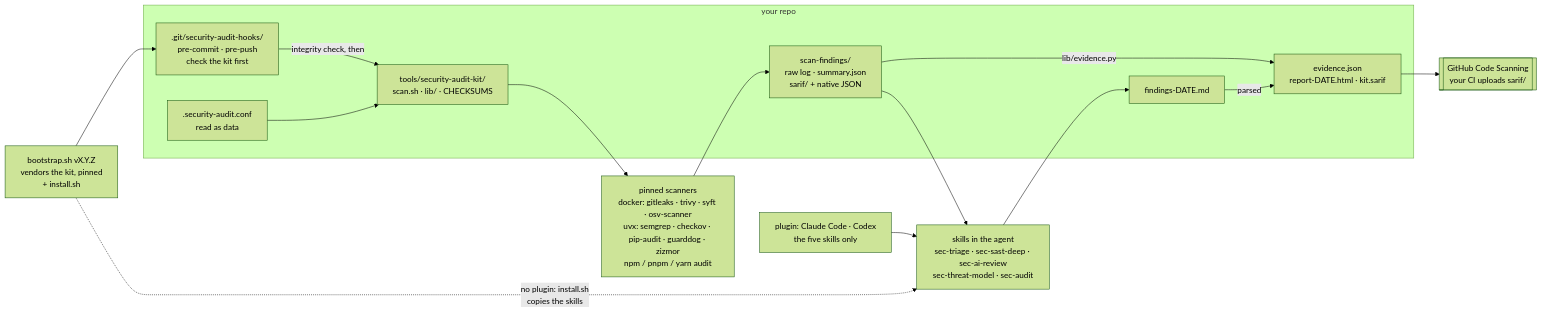
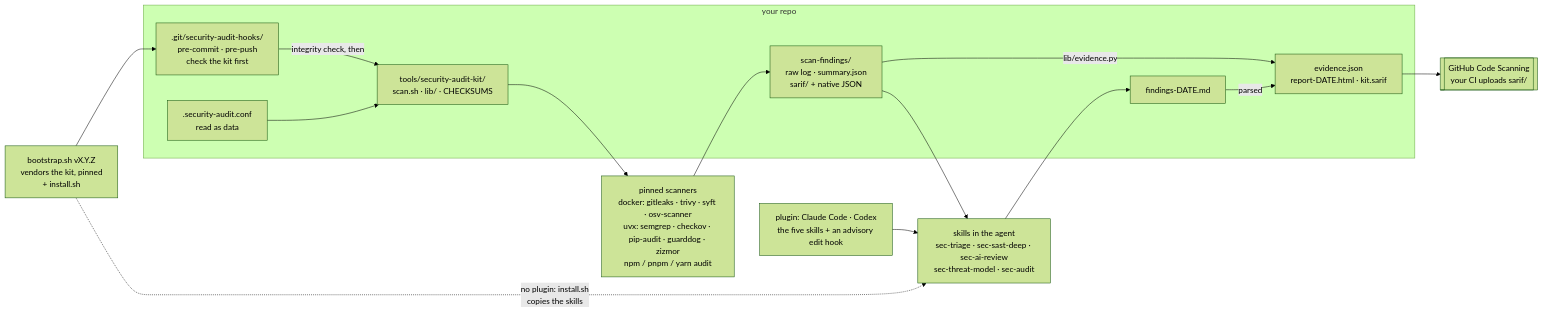
Before and after one commit to boraeresici/security-audit-kit: the diagram in README-tr.md, drawn with Mermaid (forest theme). The commit also changed other lines of this file and 2 other files, not shown here.

First line of the commit message:
fix(consolidation): trust-gate N2 on macOS; the README plugin now carries one hook

````diff
--- a/README-tr.md
+++ b/README-tr.md
@@ -50,28 +50,28 @@
 ```mermaid
 flowchart LR
     BS["bootstrap.sh vX.Y.Z<br/>vendors the kit, pinned<br/>+ install.sh"]
-    PLG["plugin: Claude Code · Codex<br/>the five skills only"]
+    PLG["plugin: Claude Code · Codex<br/>the five skills + an advisory edit hook"]
     subgraph REPO["your repo"]
       HK[".git/security-audit-hooks/<br/>pre-commit · pre-push<br/>check the kit first"]
       CONF[".security-audit.conf<br/>read as data"]
       KIT["tools/security-audit-kit/<br/>scan.sh · lib/ · CHECKSUMS"]
       OUT["scan-findings/<br/>raw log · summary.json<br/>sarif/ + native JSON"]
       FMD["findings-DATE.md"]
       EV["evidence.json<br/>report-DATE.html · kit.sarif"]
     end
     TOOLS["pinned scanners<br/>docker: gitleaks · trivy · syft · osv-scanner<br/>uvx: semgrep · checkov · pip-audit · guarddog · zizmor<br/>npm / pnpm / yarn audit"]
     SK["skills in the agent<br/>sec-triage · sec-sast-deep · sec-ai-review<br/>sec-threat-model · sec-audit"]
     CS[["GitHub Code Scanning<br/>your CI uploads sarif/"]]
 
     BS --> HK
     HK -- "integrity check, then" --> KIT
     CONF --> KIT
     KIT --> TOOLS --> OUT
     OUT -- "lib/evidence.py" --> EV
     EV --> CS
     PLG --> SK
     BS -. "no plugin: install.sh<br/>copies the skills" .-> SK
     OUT --> SK
     SK --> FMD
     FMD -- "parsed" --> EV
 ```
````
